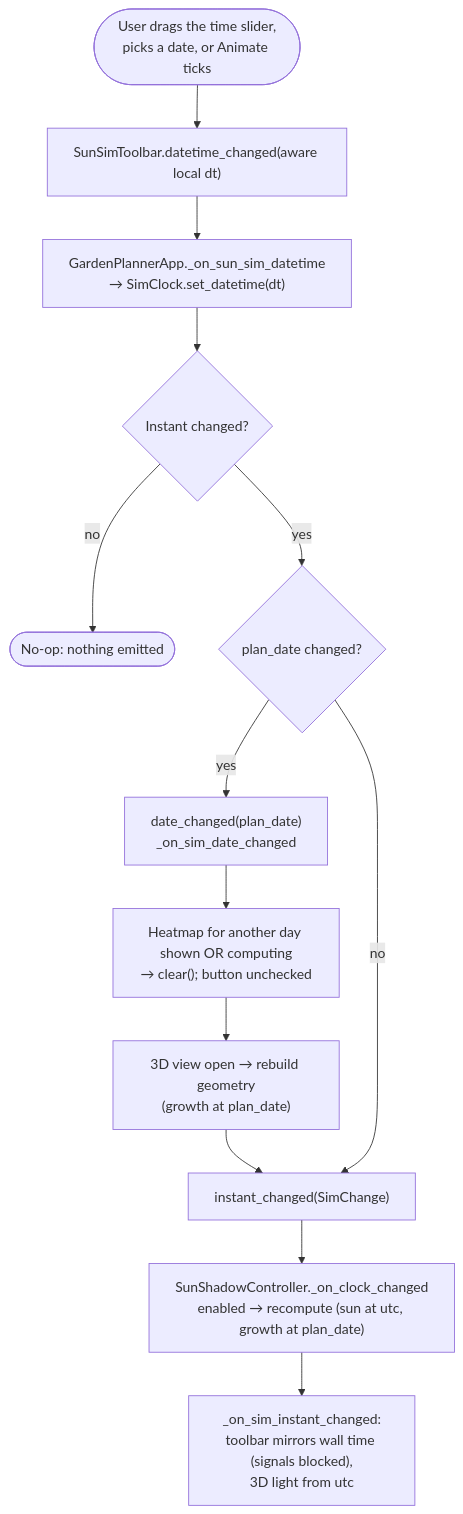
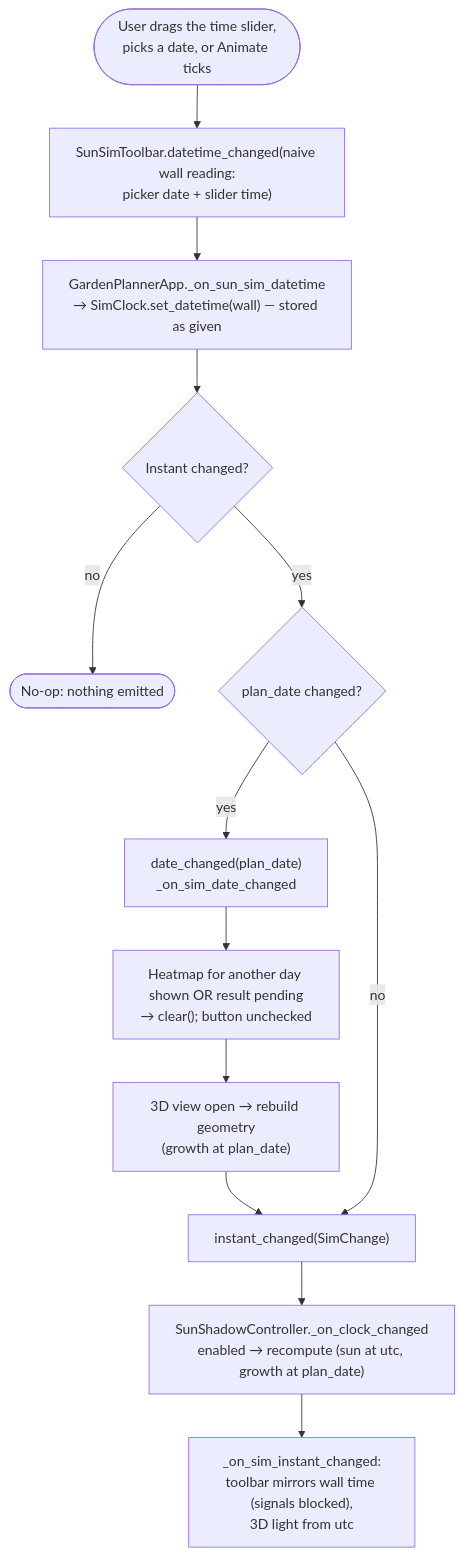
One commit to cofade/open-garden-planner changed diagram 11 of 11 in docs/06-runtime-view/README.md. Above: the diagram before and after it, drawn with Mermaid. The commit also changed other lines of this file and 12 other files, not shown here.

First line of the commit message:
docs(L1.0): review round 1 — wall-reading gate, pending heatmap, measured numbers (#385)

````diff
--- a/docs/06-runtime-view/README.md
+++ b/docs/06-runtime-view/README.md
@@ -297,22 +297,22 @@
 ```mermaid
 flowchart TD
     U([User drags the time slider,<br/>picks a date, or Animate ticks])
-    T["SunSimToolbar.datetime_changed(aware local dt)"]
-    W["GardenPlannerApp._on_sun_sim_datetime<br/>→ SimClock.set_datetime(dt)"]
+    T["SunSimToolbar.datetime_changed(naive wall reading:<br/>picker date + slider time)"]
+    W["GardenPlannerApp._on_sun_sim_datetime<br/>→ SimClock.set_datetime(wall) — stored as given"]
     N{"Instant changed?"}
     X([No-op: nothing emitted])
     D{"plan_date changed?"}
     DC["date_changed(plan_date)<br/>_on_sim_date_changed"]
-    H["Heatmap for another day shown OR computing<br/>→ clear(); button unchecked"]
+    H["Heatmap for another day shown OR result pending<br/>→ clear(); button unchecked"]
     R["3D view open → rebuild geometry<br/>(growth at plan_date)"]
     IC["instant_changed(SimChange)"]
     O["SunShadowController._on_clock_changed<br/>enabled → recompute (sun at utc, growth at plan_date)"]
     M["_on_sim_instant_changed:<br/>toolbar mirrors wall time (signals blocked),<br/>3D light from utc"]
 
     U --> T --> W --> N
     N -- no --> X
     N -- yes --> D
     D -- yes --> DC --> H --> R --> IC
     D -- no --> IC
     IC --> O --> M
 ```
````
